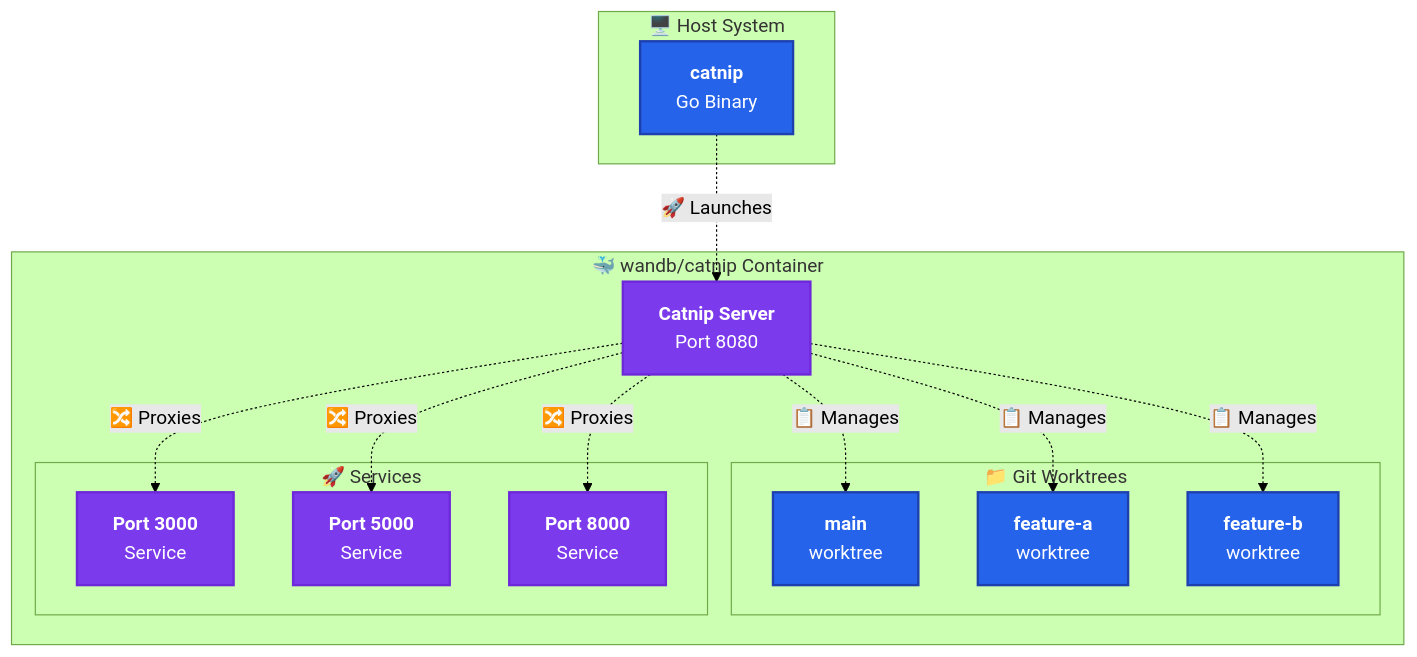
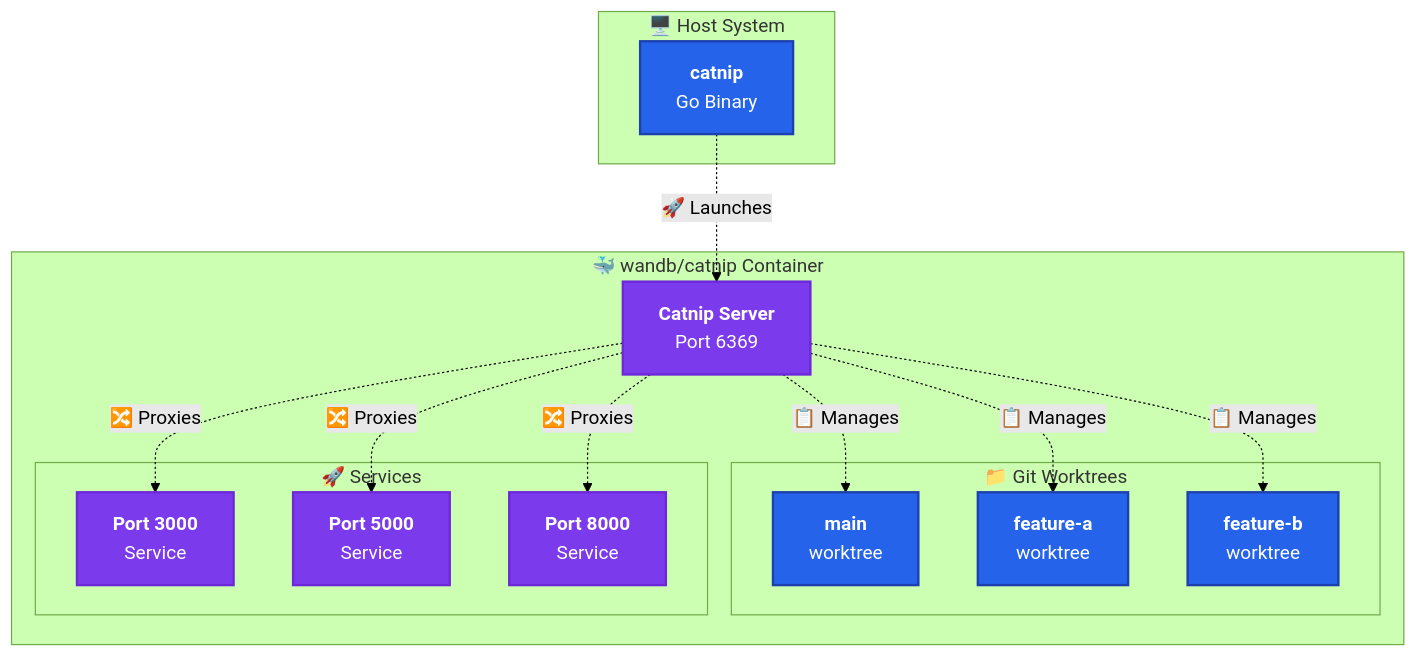
One commit to wandb/catnip changed the second of 2 diagrams in README.md. Above: the diagram before and after it, drawn with Mermaid (forest theme). The commit also changed other lines of this file and 15 other files, not shown here.

````diff
--- a/README.md
+++ b/README.md
@@ -169,40 +170,40 @@
 ```mermaid
 graph TB
     subgraph host ["🖥️ Host System"]
         catnip["<b>catnip</b><br/>Go Binary"]
     end
 
     subgraph container ["🐳 wandb/catnip Container"]
-        server["<b>Catnip Server</b><br/>Port 8080"]
+        server["<b>Catnip Server</b><br/>Port 6369"]
 
         subgraph worktrees ["📁 Git Worktrees"]
             wt1["<b>main</b><br/>worktree"]
             wt2["<b>feature-a</b><br/>worktree"]
             wt3["<b>feature-b</b><br/>worktree"]
         end
 
         subgraph services ["🚀 Services"]
             svc1["<b>Port 3000</b><br/>Service"]
             svc2["<b>Port 5000</b><br/>Service"]
             svc3["<b>Port 8000</b><br/>Service"]
         end
     end
 
     catnip -.->|"🚀 Launches"| server
     server -.->|"📋 Manages"| wt1
     server -.->|"📋 Manages"| wt2
     server -.->|"📋 Manages"| wt3
     server -.->|"🔀 Proxies"| svc1
     server -.->|"🔀 Proxies"| svc2
     server -.->|"🔀 Proxies"| svc3
 
     classDef hostStyle fill:#2563eb,stroke:#1e40af,stroke-width:2px,color:#ffffff
     classDef serverStyle fill:#7c3aed,stroke:#6d28d9,stroke-width:2px,color:#ffffff
     classDef worktreeStyle fill:#2563eb,stroke:#1e40af,stroke-width:2px,color:#ffffff
     classDef serviceStyle fill:#7c3aed,stroke:#6d28d9,stroke-width:2px,color:#ffffff
 
     class catnip hostStyle
     class server serverStyle
     class wt1,wt2,wt3 worktreeStyle
     class svc1,svc2,svc3 serviceStyle
 ```
````
